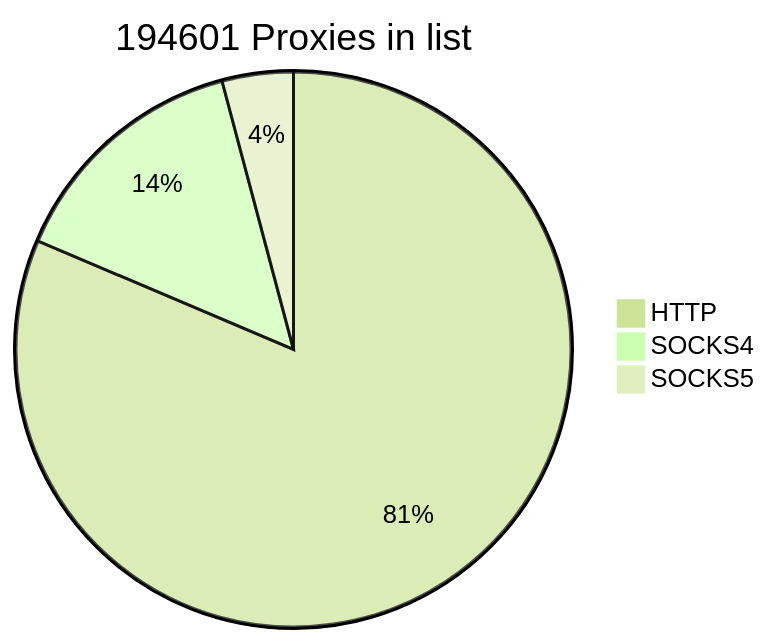
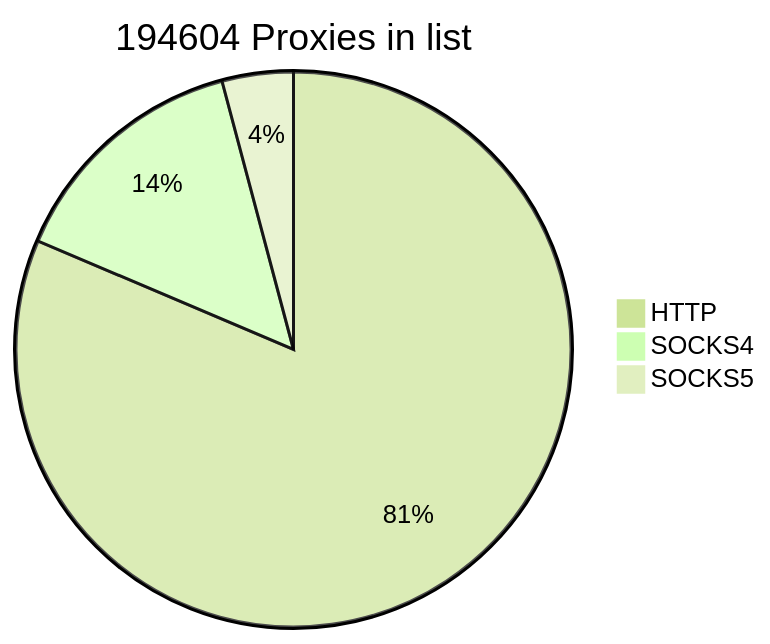
One commit to cutipu/proxylist changed the first of 2 diagrams in README.md. Above: the diagram before and after it, drawn with Mermaid (forest theme). The commit also changed other lines of this file, not shown here.

````diff
--- a/README.md
+++ b/README.md
@@ -2,7 +2,7 @@
 ```mermaid
-pie title 194601 Proxies in list
-    "HTTP" : 158386
-    "SOCKS4" : 28156
-    "SOCKS5" : 8059
+pie title 194604 Proxies in list
+    "HTTP" : 158388
+    "SOCKS4" : 28154
+    "SOCKS5" : 8062
             
 ```
````
